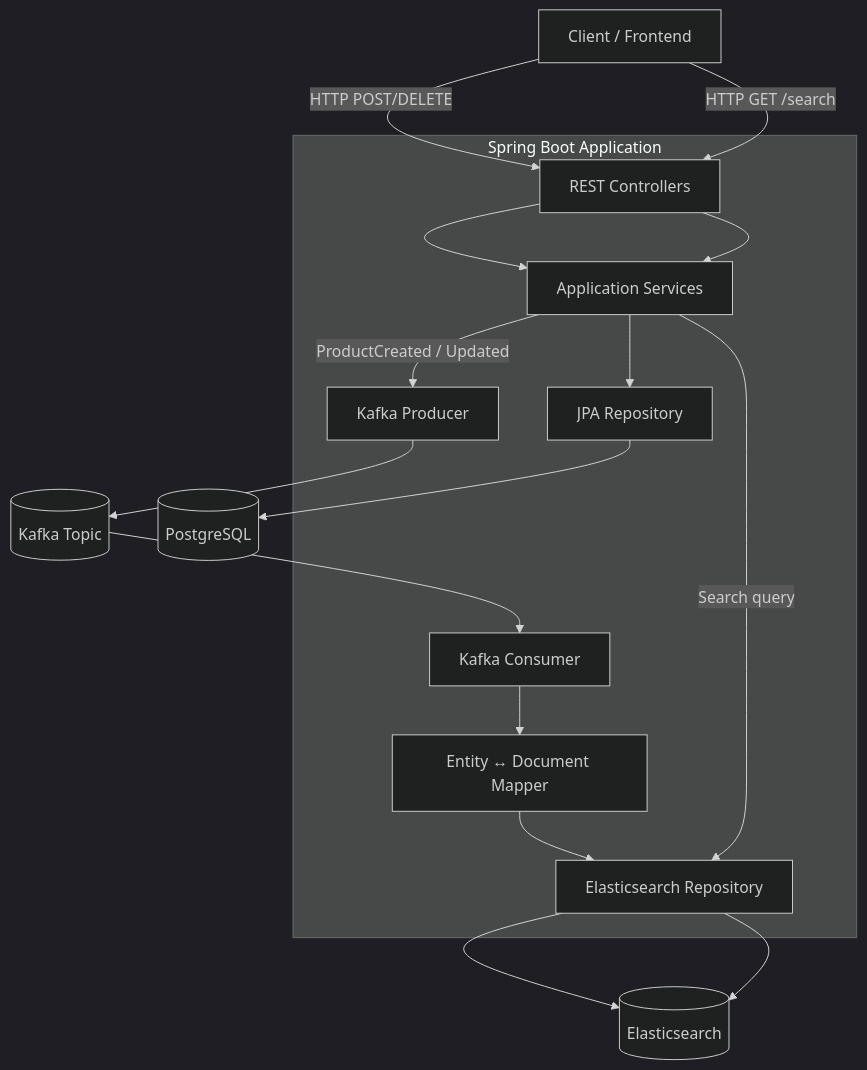
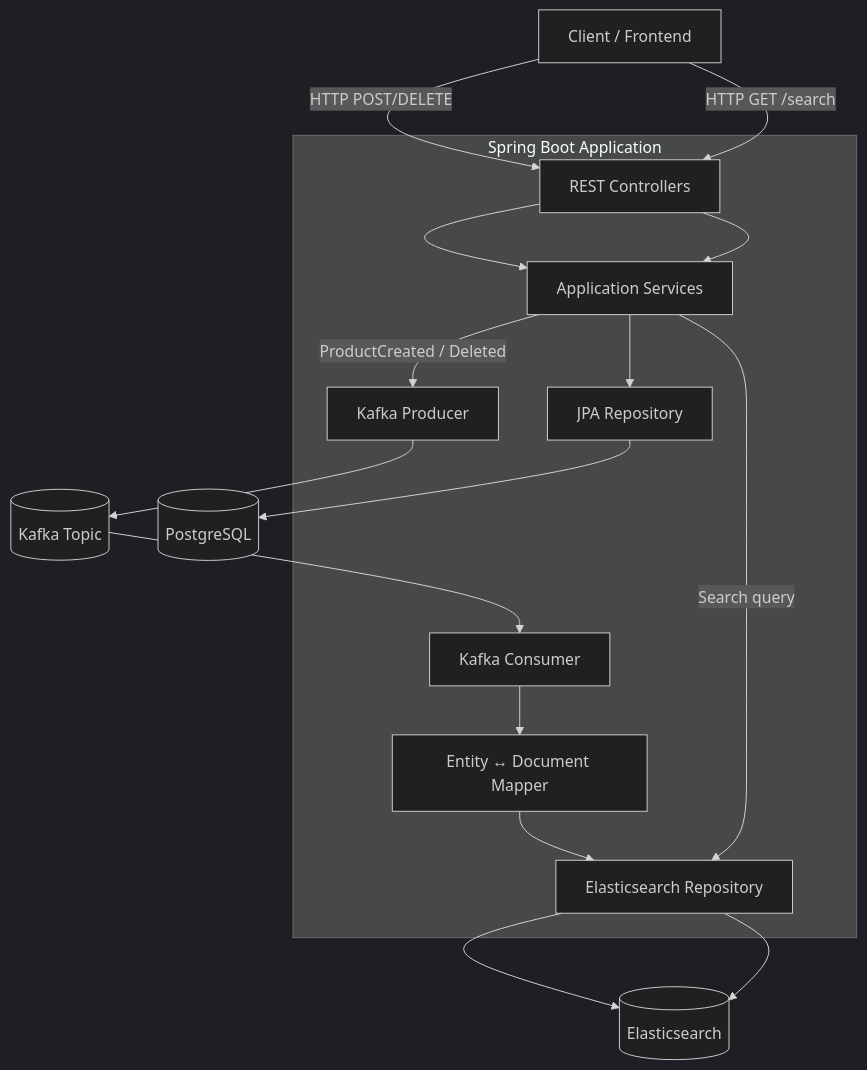
Before and after one commit to renatompf/poc_spring_elasticsearch: the diagram in README.md, drawn with Mermaid (dark theme).

Commit message:
chage readme

````diff
--- a/README.md
+++ b/README.md
@@ -32,41 +32,41 @@
 ```mermaid
 graph TD
     %% Client
     Client[Client / Frontend]
 
     %% Application
     subgraph SpringBootApp["Spring Boot Application"]
         API[REST Controllers]
         Service[Application Services]
         JPARepo[JPA Repository]
         ESRepo[Elasticsearch Repository]
         Producer[Kafka Producer]
         Consumer[Kafka Consumer]
         Mapper[Entity ↔ Document Mapper]
     end
 
     %% Datastores
     Postgres[(PostgreSQL)]
     Elasticsearch[(Elasticsearch)]
     Kafka[(Kafka Topic)]
 
     %% Write flow
     Client -->|HTTP POST/DELETE| API
     API --> Service
     Service --> JPARepo
     JPARepo --> Postgres
 
     %% Async sync flow
-    Service -->|ProductCreated / Updated| Producer
+    Service -->|ProductCreated / Deleted| Producer
     Producer --> Kafka
     Kafka --> Consumer
     Consumer --> Mapper
     Mapper --> ESRepo
     ESRepo --> Elasticsearch
 
     %% Read flow
     Client -->|HTTP GET /search| API
     API --> Service
     Service -->|Search query| ESRepo
     ESRepo --> Elasticsearch
 ```
````
